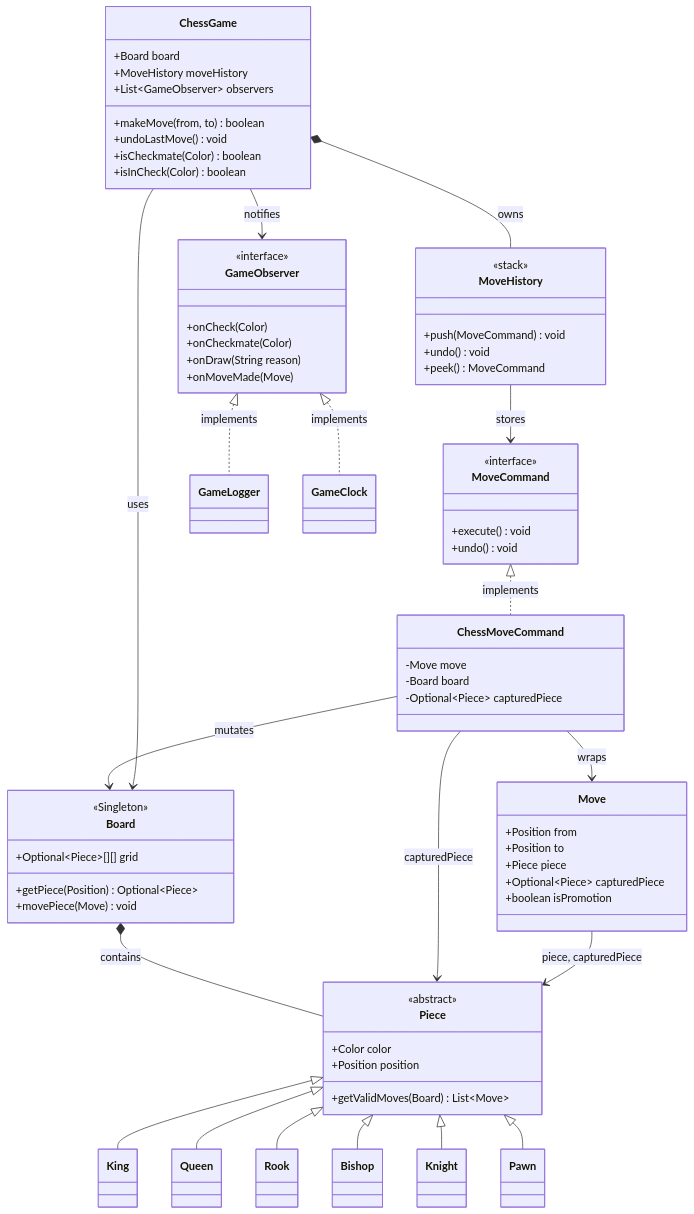
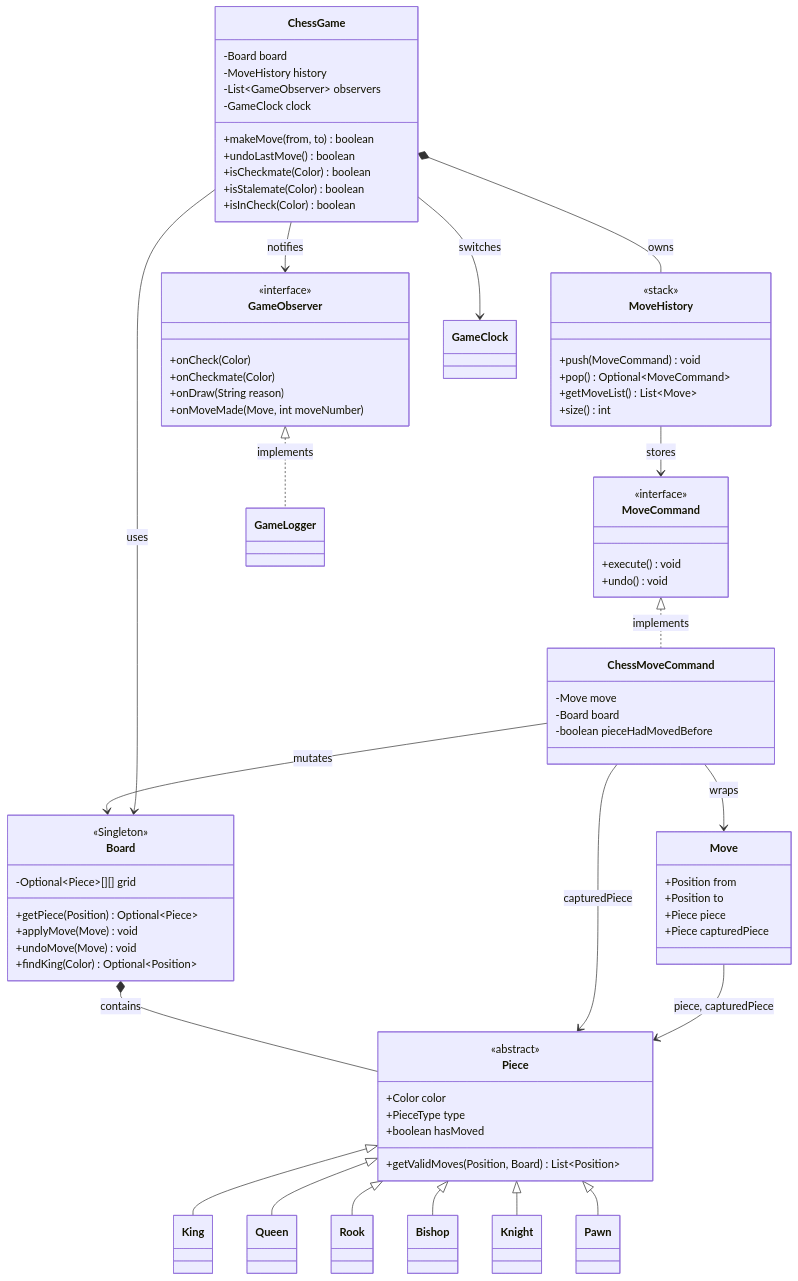
One commit to rppol/system-design changed the first of 3 diagrams in src/main/java/com/rutik/systemdesign/lld/system_design_problems/ChessGame_README.md. Above: the diagram before and after it, drawn with Mermaid. The commit also changed other lines of this file and 22 other files, not shown here.

````diff
--- a/src/main/java/com/rutik/systemdesign/lld/system_design_problems/ChessGame_README.md
+++ b/src/main/java/com/rutik/systemdesign/lld/system_design_problems/ChessGame_README.md
@@ -30,16 +30,19 @@
 classDiagram
     class Board {
         <<Singleton>>
-        +Optional~Piece~[][] grid
+        -Optional~Piece~[][] grid
         +getPiece(Position) Optional~Piece~
-        +movePiece(Move) void
+        +applyMove(Move) void
+        +undoMove(Move) void
+        +findKing(Color) Optional~Position~
     }
 
     class Piece {
         <<abstract>>
         +Color color
-        +Position position
-        +getValidMoves(Board) List~Move~
+        +PieceType type
+        +boolean hasMoved
+        +getValidMoves(Position, Board) List~Position~
     }
 
     class King
@@ -58,31 +61,33 @@
     class ChessMoveCommand {
         -Move move
         -Board board
-        -Optional~Piece~ capturedPiece
+        -boolean pieceHadMovedBefore
     }
 
     class Move {
         +Position from
         +Position to
         +Piece piece
-        +Optional~Piece~ capturedPiece
-        +boolean isPromotion
+        +Piece capturedPiece
     }
 
     class MoveHistory {
         <<stack>>
         +push(MoveCommand) void
-        +undo() void
-        +peek() MoveCommand
+        +pop() Optional~MoveCommand~
+        +getMoveList() List~Move~
+        +size() int
     }
 
     class ChessGame {
-        +Board board
-        +MoveHistory moveHistory
-        +List~GameObserver~ observers
+        -Board board
+        -MoveHistory history
+        -List~GameObserver~ observers
+        -GameClock clock
         +makeMove(from, to) boolean
-        +undoLastMove() void
+        +undoLastMove() boolean
         +isCheckmate(Color) boolean
+        +isStalemate(Color) boolean
         +isInCheck(Color) boolean
     }
 
@@ -91,7 +96,7 @@
         +onCheck(Color)
         +onCheckmate(Color)
         +onDraw(String reason)
-        +onMoveMade(Move)
+        +onMoveMade(Move, int moveNumber)
     }
 
     class GameLogger
@@ -113,6 +118,6 @@
     ChessGame *-- MoveHistory : owns
     ChessGame --> Board : uses
     ChessGame --> GameObserver : notifies
+    ChessGame --> GameClock : switches
     GameObserver <|.. GameLogger : implements
-    GameObserver <|.. GameClock : implements
 ```
````
